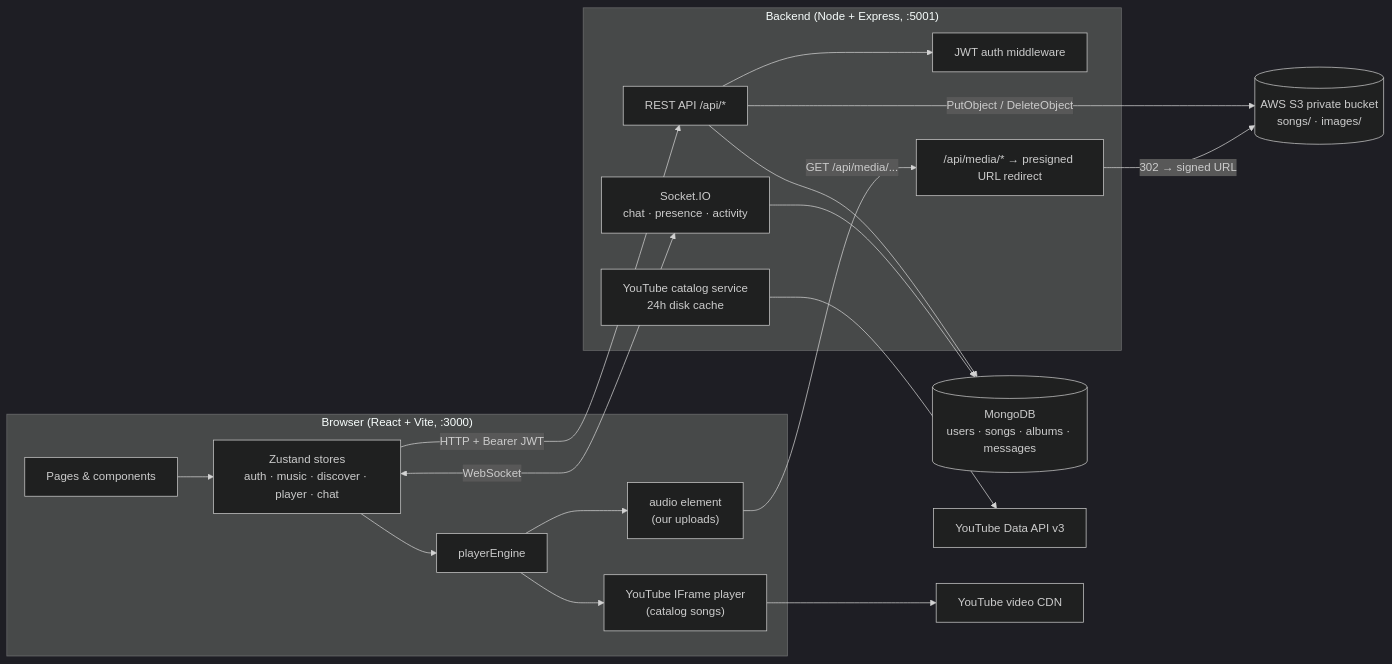
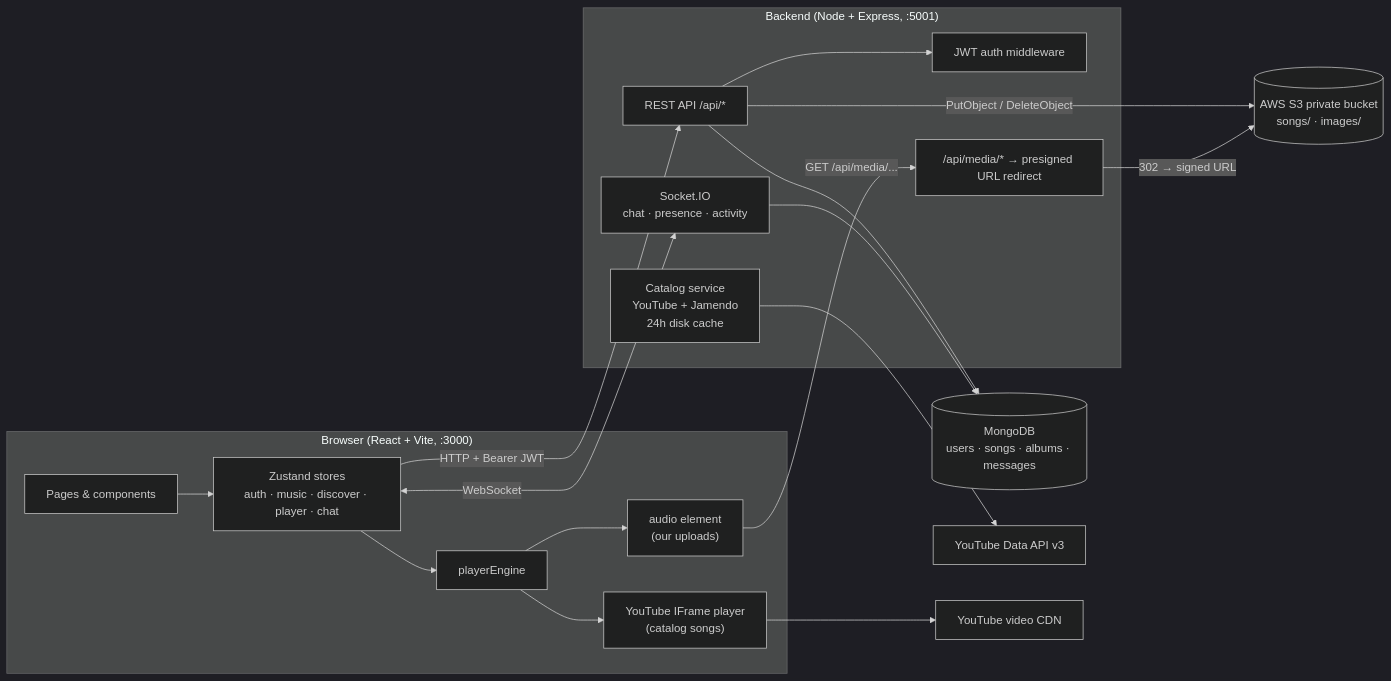
The first of 6 diagrams in system-design.md (Ritiksharmaji/music-app), drawn with Mermaid (dark theme) before and after one commit. The commit also changed other lines of this file and 18 other files, not shown here.

First line of the commit message:
Add Jamendo catalog and source labels on every category

````diff
--- a/system-design.md
+++ b/system-design.md
@@ -11,37 +11,37 @@
 ```mermaid
 flowchart LR
     subgraph Browser["Browser (React + Vite, :3000)"]
         UI[Pages & components]
         Stores[Zustand stores<br/>auth · music · discover · player · chat]
         Engine[playerEngine]
         Audio["audio element<br/>(our uploads)"]
         YTP["YouTube IFrame player<br/>(catalog songs)"]
         UI --> Stores --> Engine
         Engine --> Audio
         Engine --> YTP
     end
 
     subgraph Server["Backend (Node + Express, :5001)"]
         REST[REST API /api/*]
         Auth[JWT auth middleware]
         Media["/api/media/* → presigned URL redirect"]
-        Discover[YouTube catalog service<br/>24h disk cache]
+        Discover[Catalog service<br/>YouTube + Jamendo<br/>24h disk cache]
         Socket[Socket.IO<br/>chat · presence · activity]
     end
 
     Mongo[(MongoDB<br/>users · songs · albums · messages)]
     S3[(AWS S3 private bucket<br/>songs/ · images/)]
     YTAPI[YouTube Data API v3]
     YTCDN[YouTube video CDN]
 
     Stores -- "HTTP + Bearer JWT" --> REST
     Stores <-- "WebSocket" --> Socket
     REST --> Auth
     REST --> Mongo
     REST -- "PutObject / DeleteObject" --> S3
     Audio -- "GET /api/media/..." --> Media
     Media -- "302 → signed URL" --> S3
     Discover --> YTAPI
     YTP --> YTCDN
     Socket --> Mongo
 ```
````
